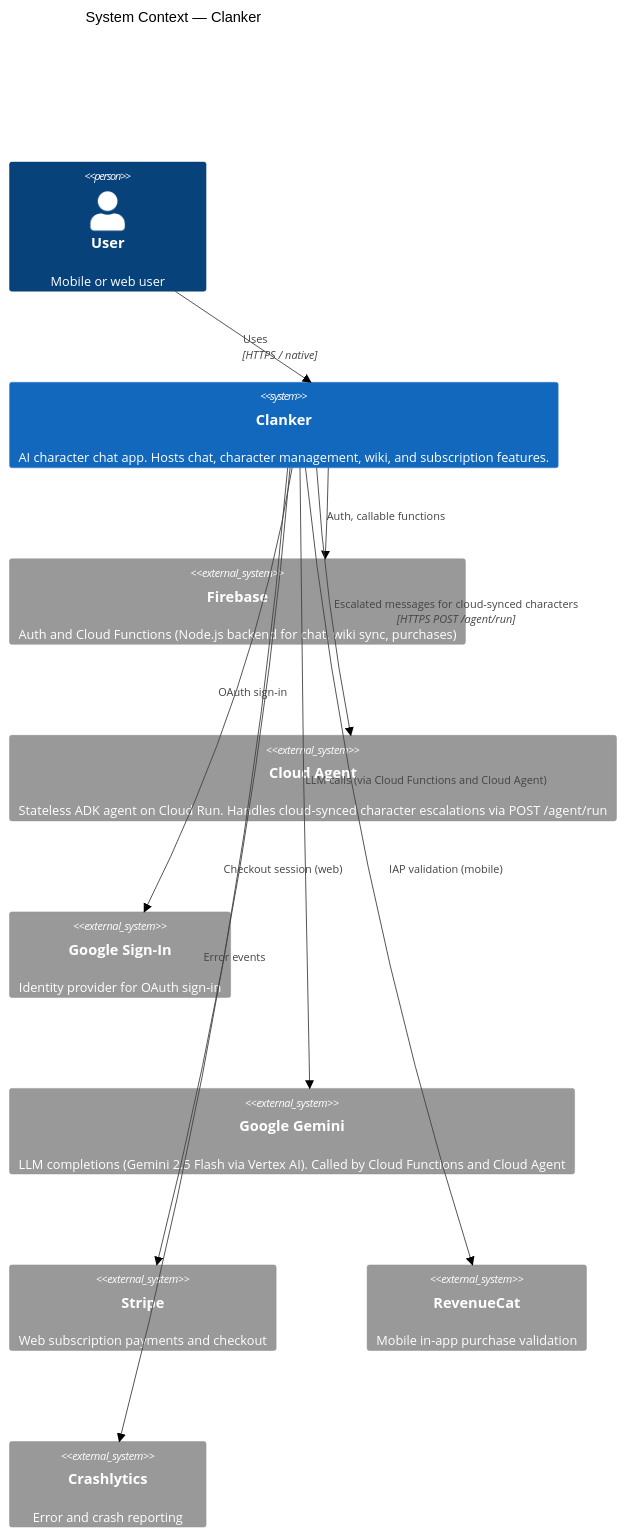
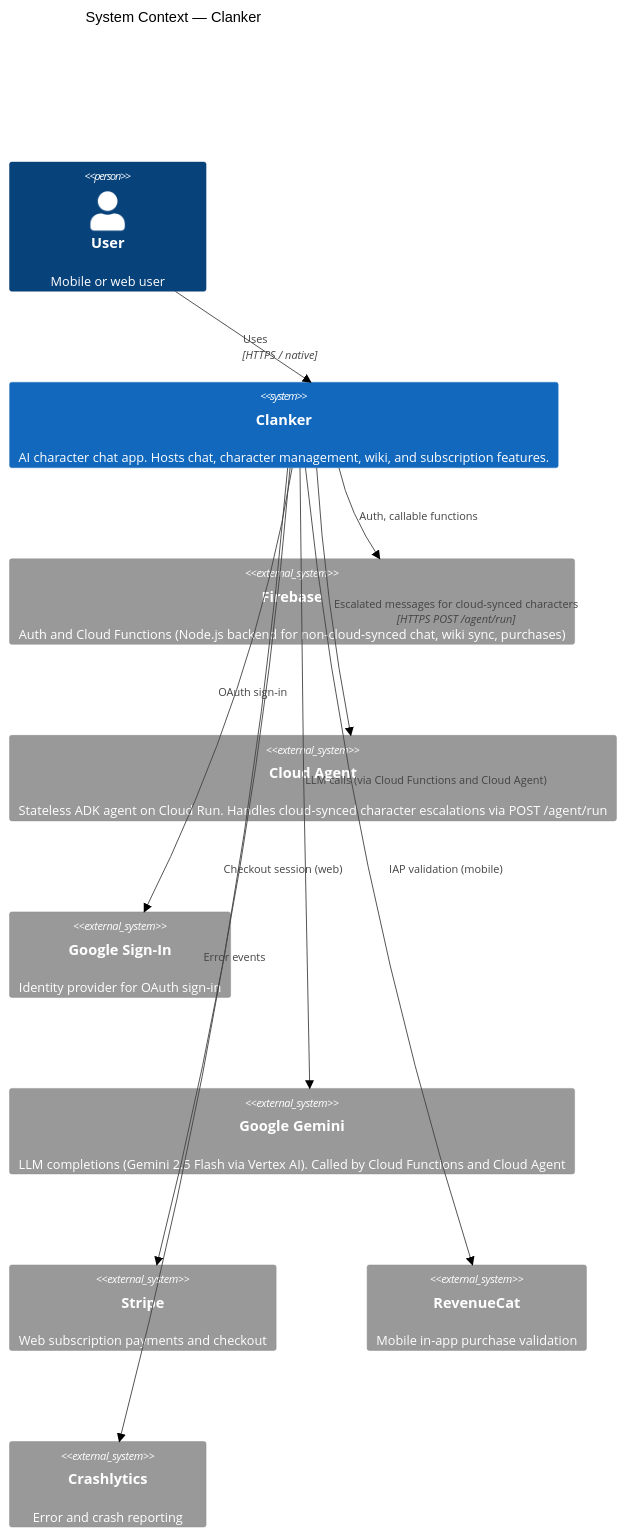
Before and after one commit to equationalapplications/clanker: the diagram in docs/flowcharts/c4/system-context.md, drawn with Mermaid (forest theme).

Commit message:
Potential fix for pull request finding

````diff
--- a/docs/flowcharts/c4/system-context.md
+++ b/docs/flowcharts/c4/system-context.md
@@ -5,25 +5,25 @@
 ```mermaid
 C4Context
   title System Context — Clanker
 
   Person(user, "User", "Mobile or web user")
 
   System(clanker, "Clanker", "AI character chat app. Hosts chat, character management, wiki, and subscription features.")
 
-  System_Ext(firebase, "Firebase", "Auth and Cloud Functions (Node.js backend for chat, wiki sync, purchases)")
+  System_Ext(firebase, "Firebase", "Auth and Cloud Functions (Node.js backend for non-cloud-synced chat, wiki sync, purchases)")
   System_Ext(cloudagent, "Cloud Agent", "Stateless ADK agent on Cloud Run. Handles cloud-synced character escalations via POST /agent/run")
   System_Ext(google, "Google Sign-In", "Identity provider for OAuth sign-in")
   System_Ext(gemini, "Google Gemini", "LLM completions (Gemini 2.5 Flash via Vertex AI). Called by Cloud Functions and Cloud Agent")
   System_Ext(stripe, "Stripe", "Web subscription payments and checkout")
   System_Ext(revenuecat, "RevenueCat", "Mobile in-app purchase validation")
   System_Ext(crashlytics, "Crashlytics", "Error and crash reporting")
 
   Rel(user, clanker, "Uses", "HTTPS / native")
   Rel(clanker, firebase, "Auth, callable functions")
   Rel(clanker, cloudagent, "Escalated messages for cloud-synced characters", "HTTPS POST /agent/run")
   Rel(clanker, google, "OAuth sign-in")
   Rel(clanker, gemini, "LLM calls (via Cloud Functions and Cloud Agent)")
   Rel(clanker, stripe, "Checkout session (web)")
   Rel(clanker, revenuecat, "IAP validation (mobile)")
   Rel(clanker, crashlytics, "Error events")
 ```
````
